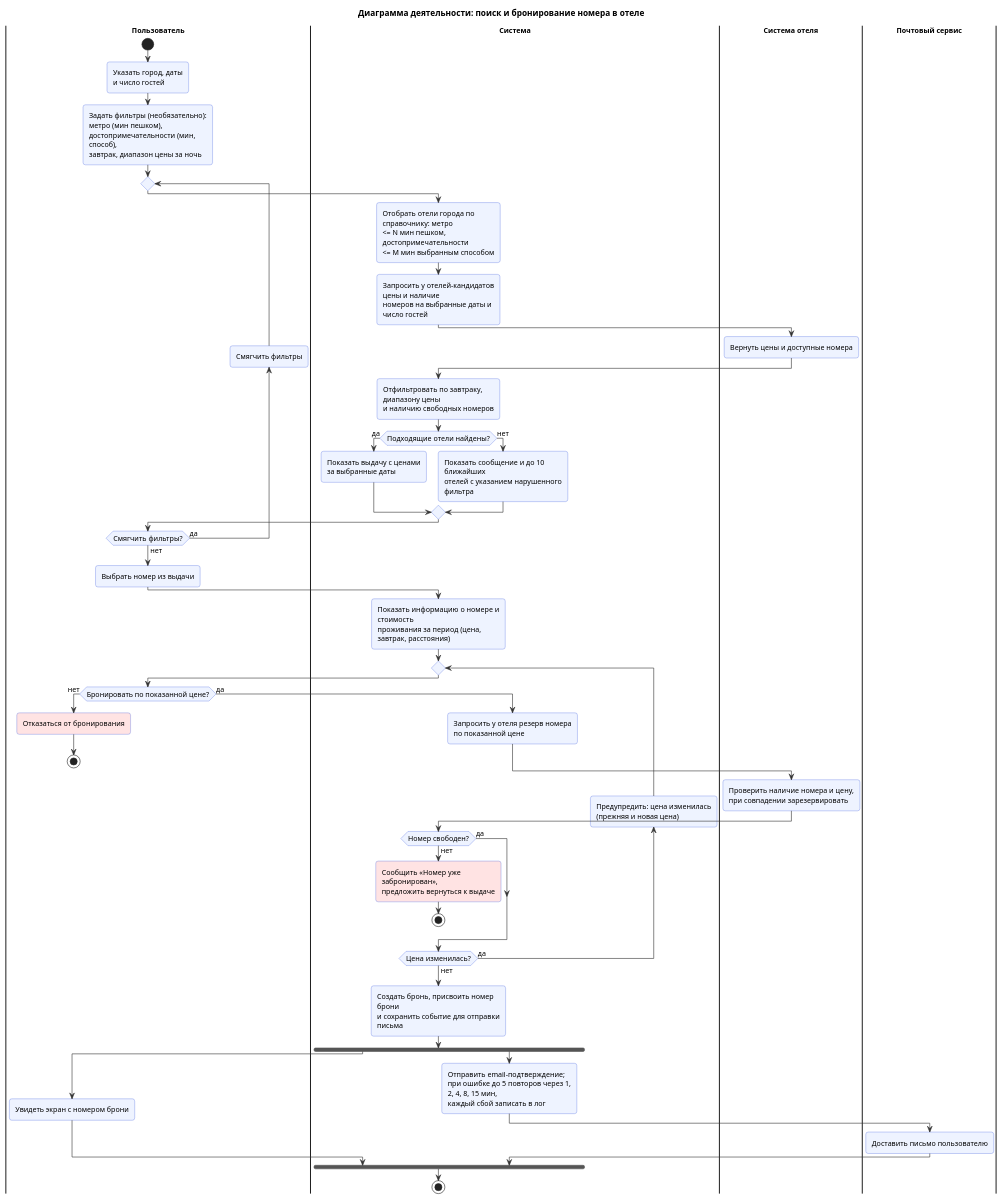
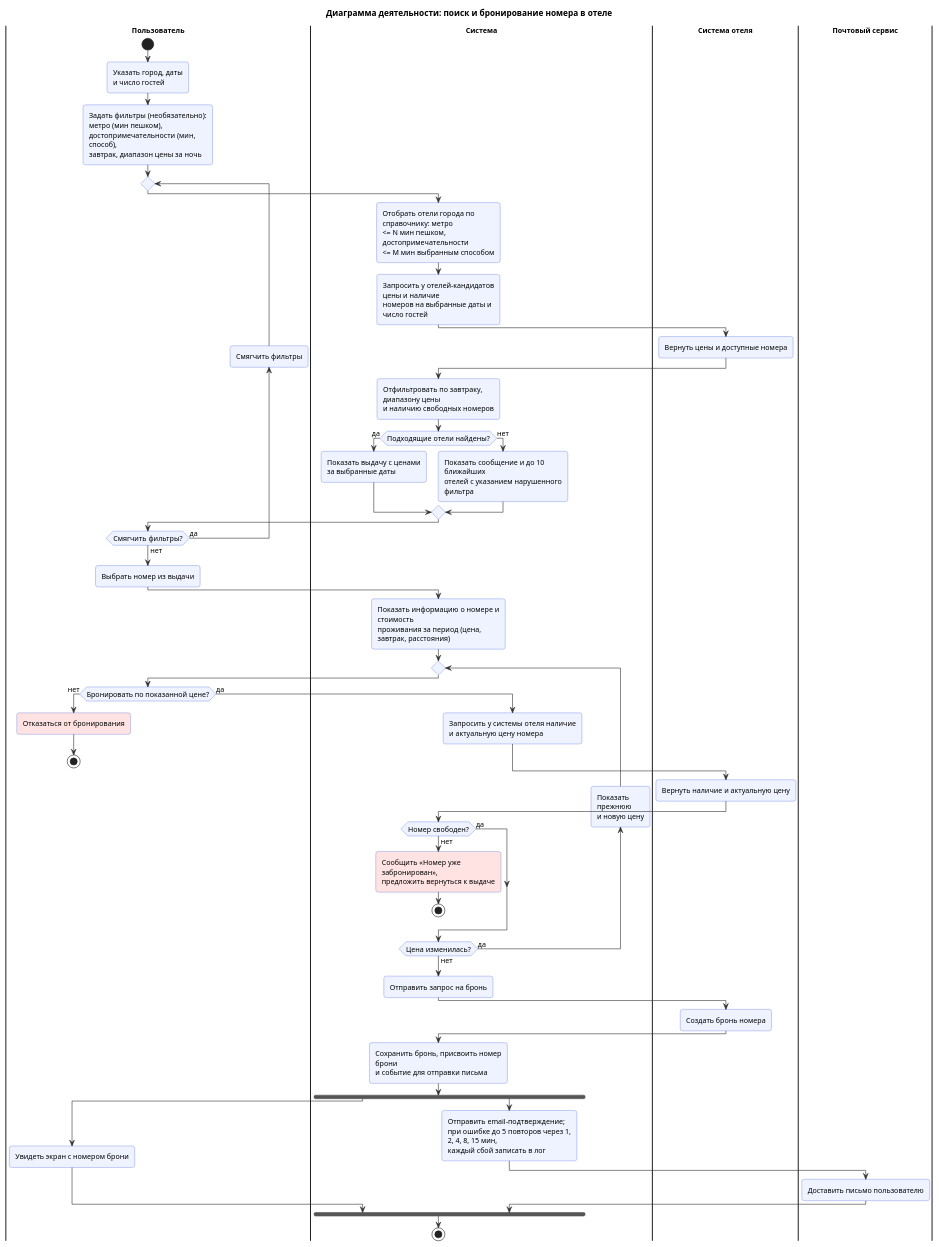
Before and after one commit to Remsely/cu-system-analysis: the diagram in hw2/1_2_activity.puml, drawn with PlantUML. The commit also changed 1 other file, not shown here.

Commit message:
fix: split hotel offer check and reservation in sequence and activity
Hotel APIs do not answer a reservation with RESERVED / ROOM_TAKEN /
PRICE_CHANGED. Supplier APIs expose a separate price check / prebook
(availability + current price), and the reservation itself returns
success or error. Comparing prices with the shown one is our logic.

Sequence:
- check offer -> alt (unavailable / price differs / ok) -> create
  reservation -> nested alt for the race between check and booking;
- outbox relay publishes asynchronously after the response; notes cover
  unavailable queue and notification service;
- retry loop ends when the email is accepted, every sync call has a
  return arrow and balanced activations, final SENT/FAILED status;
- note with the 3 s / 99% requirement from hw1.

Activity: offer check and reservation are separate steps, matching
the use case includes "Получить актуальную цену" and
"Зарезервировать номер в отеле".

Claude-Session: https://claude.ai/code/session_01GqxdLWzwTh89iq96gpoYoC

```diff
--- a/hw2/1_2_activity.puml
+++ b/hw2/1_2_activity.puml
@@ -1,77 +1,81 @@
 @startuml
 
 skinparam shadowing false
 skinparam defaultFontSize 12
 skinparam backgroundColor white
 skinparam roundCorner 8
 skinparam ArrowColor #333333
 skinparam wrapWidth 220
 skinparam activity {
   BackgroundColor #EEF3FF
   BorderColor #3B5BDB
 }
 skinparam swimlaneTitleFontStyle bold
 
 title Диаграмма деятельности: поиск и бронирование номера в отеле
 
 |Пользователь|
 start
 :Указать город, даты\nи число гостей;
 
 :Задать фильтры (необязательно): метро (мин пешком),\nдостопримечательности (мин, способ),\nзавтрак, диапазон цены за ночь;
 repeat
   |Система|
   :Отобрать отели города по справочнику: метро\n<= N мин пешком, достопримечательности\n<= M мин выбранным способом;
   :Запросить у отелей-кандидатов цены и наличие\nномеров на выбранные даты и число гостей;
   |Система отеля|
   :Вернуть цены и доступные номера;
   |Система|
   :Отфильтровать по завтраку, диапазону цены\nи наличию свободных номеров;
   if (Подходящие отели найдены?) then (да)
     :Показать выдачу с ценами\nза выбранные даты;
   else (нет)
     :Показать сообщение и до 10 ближайших\nотелей с указанием нарушенного фильтра;
   endif
   |Пользователь|
 backward :Смягчить фильтры;
 repeat while (Смягчить фильтры?) is (да) not (нет)
 
 |Пользователь|
 :Выбрать номер из выдачи;
 |Система|
 :Показать информацию о номере и стоимость\nпроживания за период (цена, завтрак, расстояния);
 repeat
   |Пользователь|
   if (Бронировать по показанной цене?) then (нет)
     #FFE3E3:Отказаться от бронирования;
     stop
   else (да)
     |Система|
-    :Запросить у отеля резерв номера\nпо показанной цене;
+    :Запросить у системы отеля наличие\nи актуальную цену номера;
   endif
   |Система отеля|
-  :Проверить наличие номера и цену,\nпри совпадении зарезервировать;
+  :Вернуть наличие и актуальную цену;
   |Система|
   if (Номер свободен?) then (нет)
     #FFE3E3:Сообщить «Номер уже забронирован»,\nпредложить вернуться к выдаче;
     stop
   else (да)
   endif
 |Система|
-backward :Предупредить: цена изменилась\n(прежняя и новая цена);
+backward :Показать\nпрежнюю\nи новую цену;
 repeat while (Цена изменилась?) is (да) not (нет)
 
-:Создать бронь, присвоить номер брони\nи сохранить событие для отправки письма;
+:Отправить запрос на бронь;
+|Система отеля|
+:Создать бронь номера;
+|Система|
+:Сохранить бронь, присвоить номер брони\nи событие для отправки письма;
 fork
   |Пользователь|
   :Увидеть экран с номером брони;
 fork again
   |Система|
   :Отправить email-подтверждение;\nпри ошибке до 5 повторов через 1, 2, 4, 8, 15 мин,\nкаждый сбой записать в лог;
   |Почтовый сервис|
   :Доставить письмо пользователю;
   |Система|
 end fork
 stop
 
 @enduml
```
